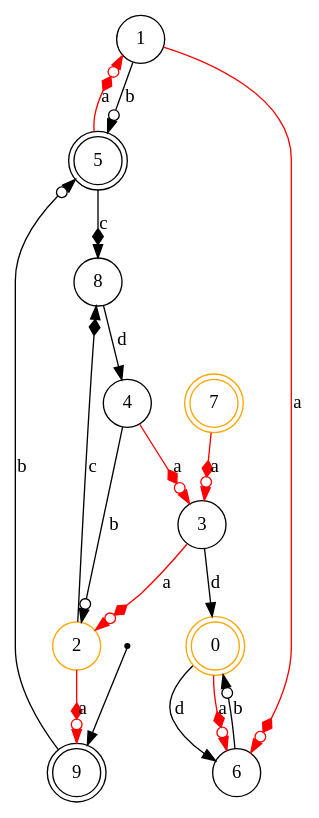
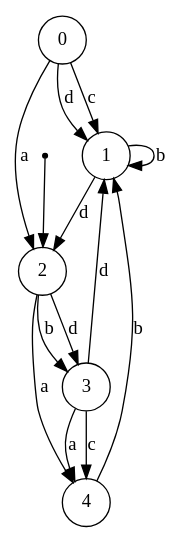
Before and after one commit to Reithger/Finite-State-Machine-Model: the diagram in dotsource.dot, drawn with Graphviz. The commit also changed 36 other files, not shown here.

```diff
--- a/dotsource.dot
+++ b/dotsource.dot
@@ -1,30 +1,21 @@
 digraph G {
-"0"[shape = doublecircle color = "orange"];
+"0"[shape = circle color = "black"];
 "1"[shape = circle color = "black"];
-"2"[shape = circle color = "orange"];
+"2"[shape = circle color = "black"];
+"___NEVER_USE_THIS_NAME___2"[fontSize = 1 shape = point]; 
+{"___NEVER_USE_THIS_NAME___2"}->{"2"}; 
 "3"[shape = circle color = "black"];
 "4"[shape = circle color = "black"];
-"5"[shape = doublecircle color = "black"];
-"6"[shape = circle color = "black"];
-"7"[shape = doublecircle color = "orange"];
-"8"[shape = circle color = "black"];
-"9"[shape = doublecircle color = "black"];
-"___NEVER_USE_THIS_NAME___9"[fontSize = 1 shape = point]; 
-{"___NEVER_USE_THIS_NAME___9"}->{"9"}; 
-"2"->{"9"} [label = "a" color = "red" arrowhead = "normalodotdiamond" ]; 
-"2"->{"8"} [label = "c" color = "black" arrowhead = "normaldiamond" ]; 
-"5"->{"8"} [label = "c" color = "black" arrowhead = "normaldiamond" ]; 
-"5"->{"1"} [label = "a" color = "red" arrowhead = "normalodotdiamond" ]; 
-"4"->{"3"} [label = "a" color = "red" arrowhead = "normalodotdiamond" ]; 
-"4"->{"2"} [label = "b" color = "black" arrowhead = "normalodot" ]; 
-"9"->{"5"} [label = "b" color = "black" arrowhead = "normalodot" ]; 
-"1"->{"6"} [label = "a" color = "red" arrowhead = "normalodotdiamond" ]; 
-"1"->{"5"} [label = "b" color = "black" arrowhead = "normalodot" ]; 
-"6"->{"0"} [label = "b" color = "black" arrowhead = "normalodot" ]; 
-"0"->{"6"} [label = "d" color = "black" arrowhead = "normal" ]; 
-"0"->{"6"} [label = "a" color = "red" arrowhead = "normalodotdiamond" ]; 
-"7"->{"3"} [label = "a" color = "red" arrowhead = "normalodotdiamond" ]; 
-"3"->{"2"} [label = "a" color = "red" arrowhead = "normalodotdiamond" ]; 
-"3"->{"0"} [label = "d" color = "black" arrowhead = "normal" ]; 
-"8"->{"4"} [label = "d" color = "black" arrowhead = "normal" ]; 
+"0"->{"1"} [label = "c" color = "black" arrowhead = "normal" ]; 
+"0"->{"1"} [label = "d" color = "black" arrowhead = "normal" ]; 
+"0"->{"2"} [label = "a" color = "black" arrowhead = "normal" ]; 
+"3"->{"1"} [label = "d" color = "black" arrowhead = "normal" ]; 
+"3"->{"4"} [label = "a" color = "black" arrowhead = "normal" ]; 
+"3"->{"4"} [label = "c" color = "black" arrowhead = "normal" ]; 
+"4"->{"1"} [label = "b" color = "black" arrowhead = "normal" ]; 
+"1"->{"2"} [label = "d" color = "black" arrowhead = "normal" ]; 
+"1"->{"1"} [label = "b" color = "black" arrowhead = "normal" ]; 
+"2"->{"3"} [label = "d" color = "black" arrowhead = "normal" ]; 
+"2"->{"3"} [label = "b" color = "black" arrowhead = "normal" ]; 
+"2"->{"4"} [label = "a" color = "black" arrowhead = "normal" ]; 
 }
```
